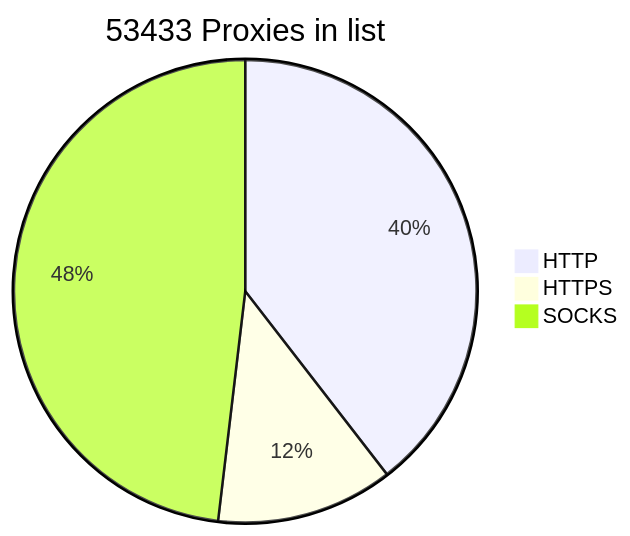
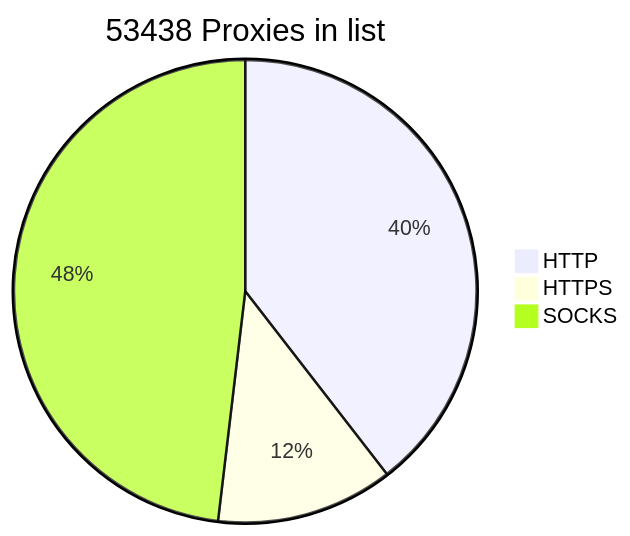
Before and after one commit to BlackSnowDot/proxylist-update-every-minute: the diagram in README.md, drawn with Mermaid.

````diff
--- a/README.md
+++ b/README.md
@@ -2,6 +2,6 @@
 ```mermaid
-pie title 53433 Proxies in list
+pie title 53438 Proxies in list
     "HTTP" : 23593
-    "HTTPS": 7378
-    "SOCKS" : 28731
+    "HTTPS": 7383
+    "SOCKS" : 28732
 ```
````
